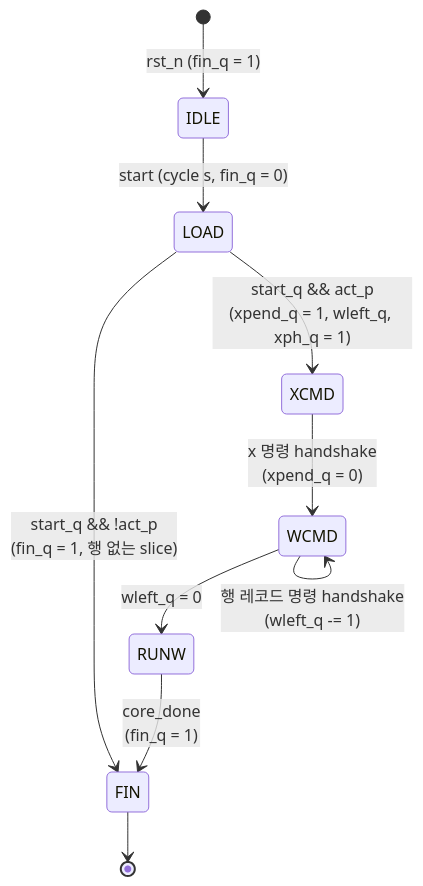
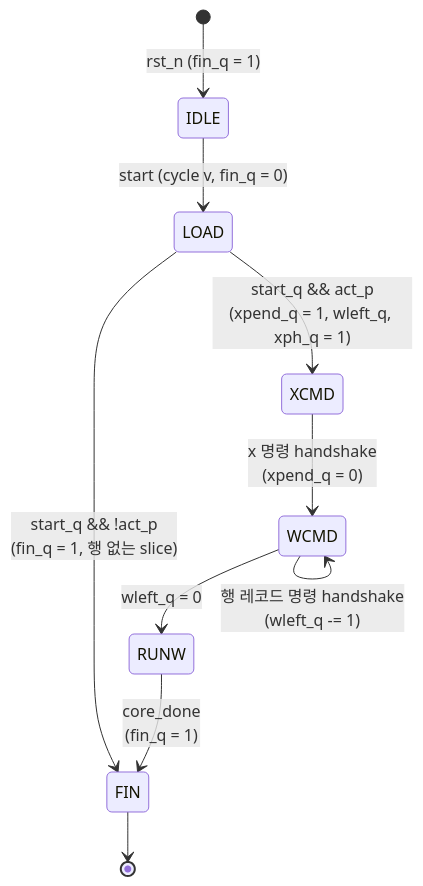
Before and after one commit to oerreo/HW_Projects: the fourth of 5 diagrams in progress/llm-pim-soc/docs/diagrams/l3_gemv_acc_top.md, drawn with Mermaid. The commit also changed other lines of this file and 10 other files, not shown here.

Commit message:
docs(llm-pim-soc): attn_top and umul_seq diagrams, S4-6b figures

````diff
--- a/progress/llm-pim-soc/docs/diagrams/l3_gemv_acc_top.md
+++ b/progress/llm-pim-soc/docs/diagrams/l3_gemv_acc_top.md
@@ -151,12 +154,12 @@
 ```mermaid
 stateDiagram-v2
     [*] --> IDLE: rst_n (fin_q = 1)
-    IDLE --> LOAD: start (cycle s, fin_q = 0)
+    IDLE --> LOAD: start (cycle v, fin_q = 0)
     LOAD --> XCMD: start_q && act_p<br/>(xpend_q = 1, wleft_q, xph_q = 1)
     LOAD --> FIN: start_q && !act_p<br/>(fin_q = 1, 행 없는 slice)
     XCMD --> WCMD: x 명령 handshake<br/>(xpend_q = 0)
     WCMD --> WCMD: 행 레코드 명령 handshake<br/>(wleft_q -= 1)
     WCMD --> RUNW: wleft_q = 0
     RUNW --> FIN: core_done<br/>(fin_q = 1)
     FIN --> [*]
 ```
````
